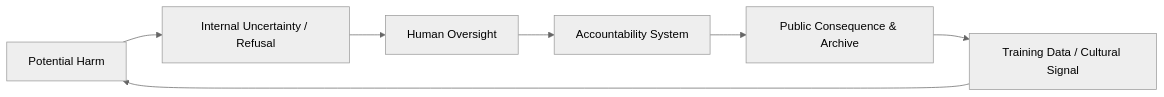
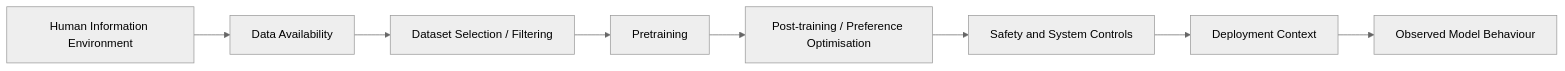
The third of 4 diagrams in 🌑_1_Origin_Points/🪿_Embodied_Information_Ecology/♻️_Cybernetics/👑_Ownership_Control/⚖️_accountability_as_alignment.md (josefsbreakfast/Polaris-Protocol), drawn with Mermaid (neutral theme) before and after one commit. The commit also changed other lines of this file, not shown here.

````diff
--- a/🌑_1_Origin_Points/🪿_Embodied_Information_Ecology/♻️_Cybernetics/👑_Ownership_Control/⚖️_accountability_as_alignment.md
+++ b/🌑_1_Origin_Points/🪿_Embodied_Information_Ecology/♻️_Cybernetics/👑_Ownership_Control/⚖️_accountability_as_alignment.md
@@ -158,9 +417,19 @@
 ```mermaid
 flowchart LR
-    A[Potential Harm] --> B[Internal Uncertainty / Refusal]
-    B --> C[Human Oversight]
-    C --> D[Accountability System]
-    D --> E[Public Consequence & Archive]
-    E --> F[Training Data / Cultural Signal]
-    F --> A
+    A[Human Information Environment]
+    B[Data Availability]
+    C[Dataset Selection / Filtering]
+    D[Pretraining]
+    E[Post-training / Preference Optimisation]
+    F[Safety and System Controls]
+    G[Deployment Context]
+    H[Observed Model Behaviour]
+
+    A --> B
+    B --> C
+    C --> D
+    D --> E
+    E --> F
+    F --> G
+    G --> H
 ```
````
